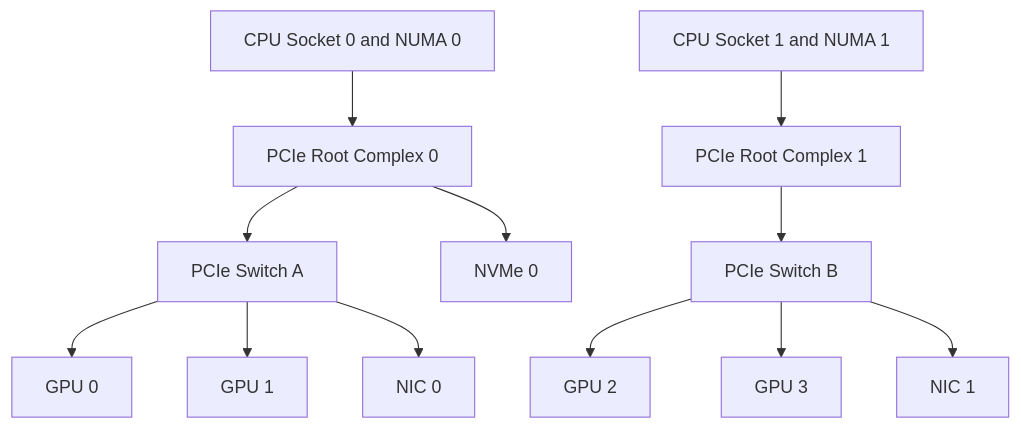
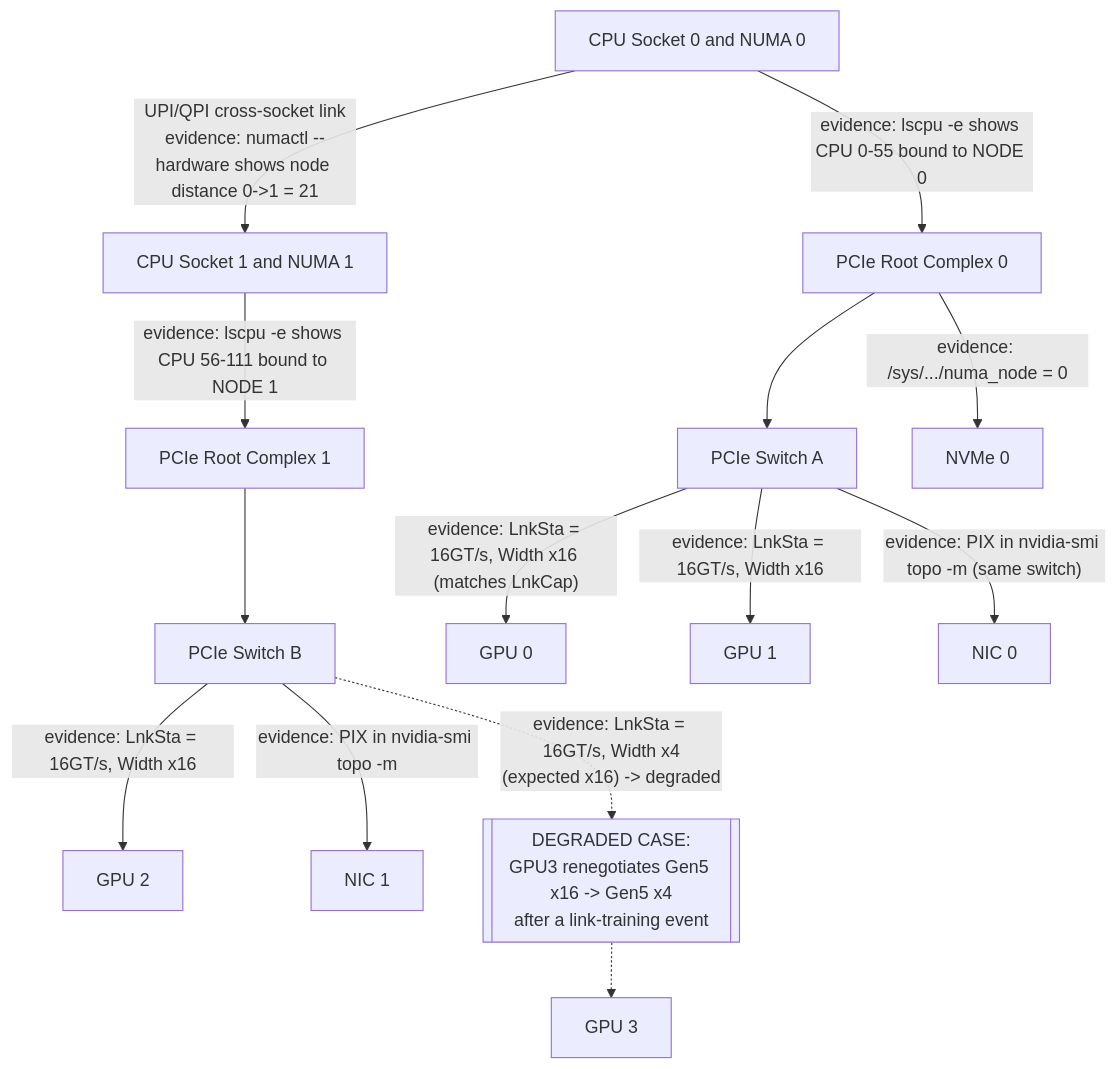
One commit to jithinpnjm/nvidia-devops changed the diagram in docs/nvidia-zero-to-hero/volume-07/labs/lab-01-inspect-pcie-numa-and-gpu-topology.md. Above: the diagram before and after it, drawn with Mermaid. The commit also changed other lines of this file and 10 other files, not shown here.

````diff
--- a/docs/nvidia-zero-to-hero/volume-07/labs/lab-01-inspect-pcie-numa-and-gpu-topology.md
+++ b/docs/nvidia-zero-to-hero/volume-07/labs/lab-01-inspect-pcie-numa-and-gpu-topology.md
@@ -50,26 +50,29 @@
 ```mermaid
 flowchart TD
     CPU0[CPU Socket 0 and NUMA 0]
     CPU1[CPU Socket 1 and NUMA 1]
     Root0[PCIe Root Complex 0]
     Root1[PCIe Root Complex 1]
     Switch0[PCIe Switch A]
     Switch1[PCIe Switch B]
     GPU0[GPU 0]
     GPU1[GPU 1]
     GPU2[GPU 2]
     GPU3[GPU 3]
     NIC0[NIC 0]
     NIC1[NIC 1]
     NVMe0[NVMe 0]
+    Bad[["DEGRADED CASE:<br/>GPU3 renegotiates Gen5 x16 -&gt; Gen5 x4<br/>after a link-training event"]]
 
-    CPU0 --> Root0 --> Switch0
-    CPU1 --> Root1 --> Switch1
-    Switch0 --> GPU0
-    Switch0 --> GPU1
-    Switch0 --> NIC0
-    Switch1 --> GPU2
-    Switch1 --> GPU3
-    Switch1 --> NIC1
-    Root0 --> NVMe0
+    CPU0 -->|"UPI/QPI cross-socket link<br/>evidence: numactl --hardware shows node distance 0-&gt;1 = 21"| CPU1
+    CPU0 -->|"evidence: lscpu -e shows CPU 0-55 bound to NODE 0"| Root0 --> Switch0
+    CPU1 -->|"evidence: lscpu -e shows CPU 56-111 bound to NODE 1"| Root1 --> Switch1
+    Switch0 -->|"evidence: LnkSta = 16GT/s, Width x16 (matches LnkCap)"| GPU0
+    Switch0 -->|"evidence: LnkSta = 16GT/s, Width x16"| GPU1
+    Switch0 -->|"evidence: PIX in nvidia-smi topo -m (same switch)"| NIC0
+    Switch1 -->|"evidence: LnkSta = 16GT/s, Width x16"| GPU2
+    Switch1 -.->|"evidence: LnkSta = 16GT/s, Width x4<br/>(expected x16) -&gt; degraded"| Bad
+    Bad -.-> GPU3
+    Switch1 -->|"evidence: PIX in nvidia-smi topo -m"| NIC1
+    Root0 -->|"evidence: /sys/.../numa_node = 0"| NVMe0
 ```
````
